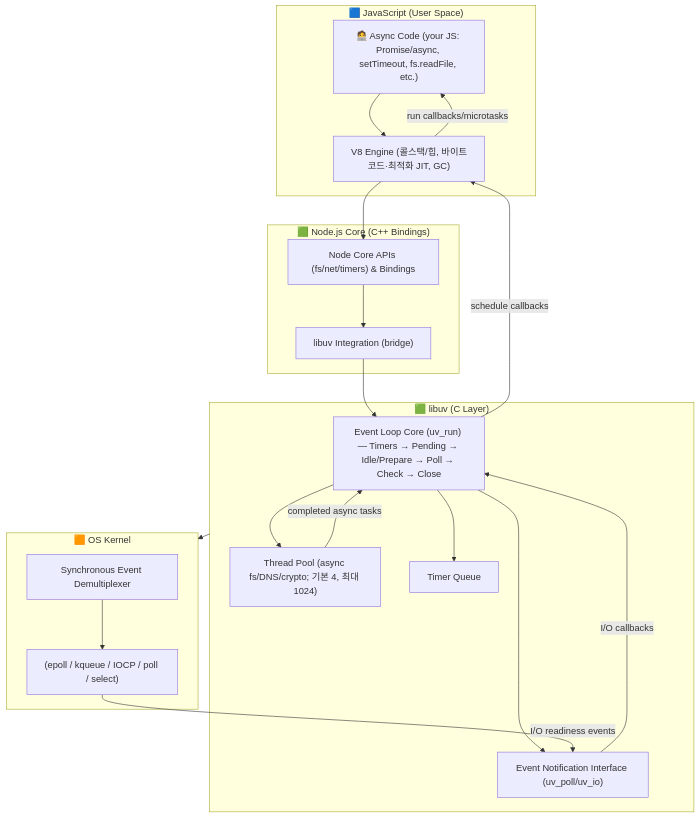
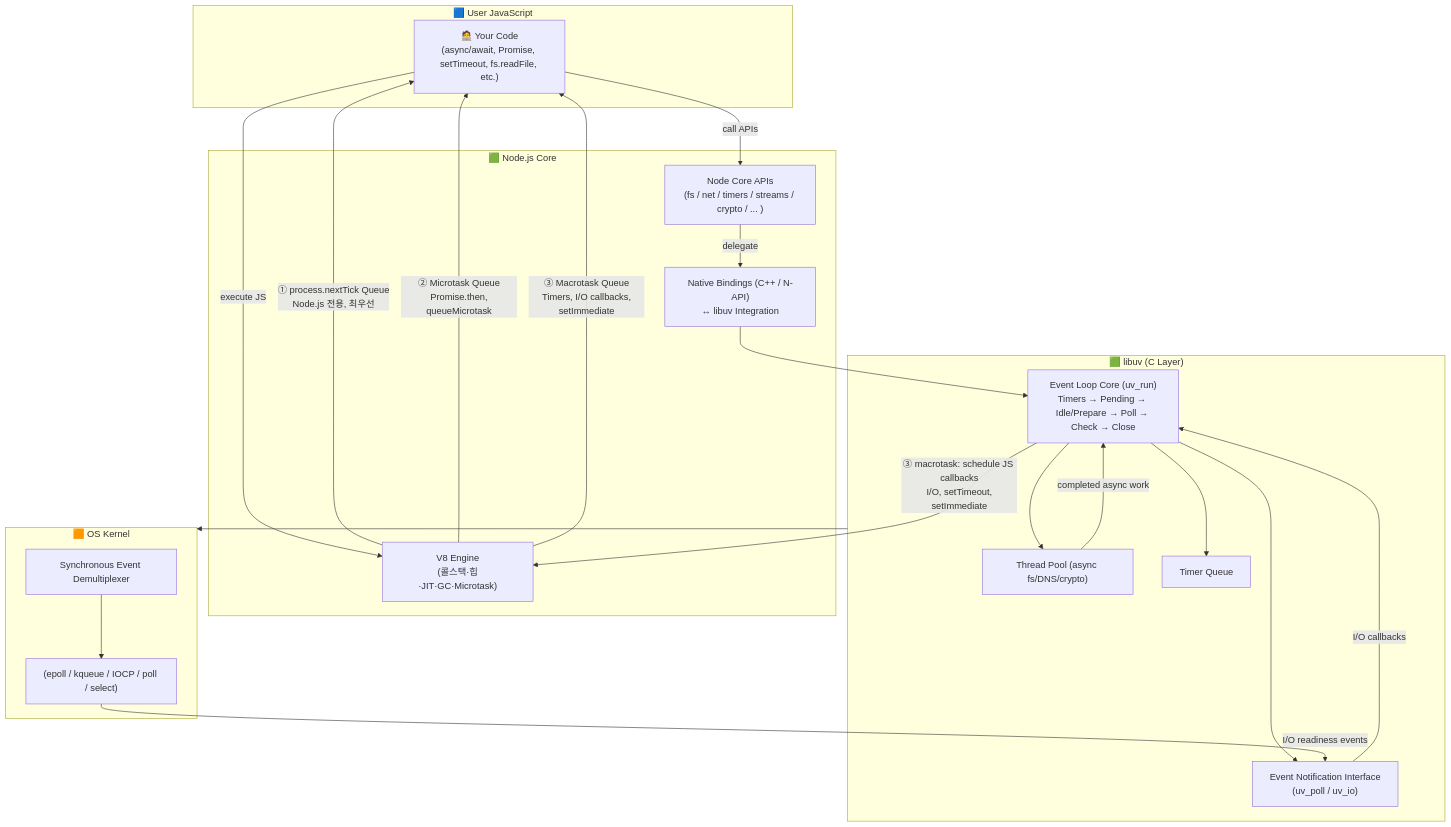
The first of 5 diagrams in chapter01/dc-choi/STUDY.md (minenam/nodejs-design-pattern-study), drawn with Mermaid before and after one commit. The commit also changed other lines of this file and 3 other files, not shown here.

````diff
--- a/chapter01/dc-choi/STUDY.md
+++ b/chapter01/dc-choi/STUDY.md
@@ -18,44 +18,50 @@
 ```mermaid
 graph TD
 
-%% ========== JS & V8 ==========
-subgraph JS["🟦 JavaScript (User Space)"]
-  J0["🧑‍💻 Async Code (your JS: Promise/async, setTimeout, fs.readFile, etc.)"]
-  J1["V8 Engine (콜스택/힙, 바이트코드·최적화 JIT, GC)"]
-  J0 --> J1
+%% ========== User JS ==========
+subgraph JS["🟦 User JavaScript"]
+  J0["🧑‍💻 Your Code<br/>(async/await, Promise, setTimeout, fs.readFile, etc.)"]
 end
 
-%% ========== Node Core ==========
-subgraph NODE["🟩 Node.js Core (C++ Bindings)"]
-  N1["Node Core APIs (fs/net/timers) & Bindings"]
-  N2["libuv Integration (bridge)"]
-  J1 --> N1 --> N2
+%% ========== Node Core (V8 + APIs + Native Bindings w/ libuv) ==========
+subgraph NODE["🟩 Node.js Core"]
+  V8["V8 Engine<br/>(콜스택·힙·JIT·GC·Microtask)"]
+  N1["Node Core APIs<br/>(fs / net / timers / streams / crypto / ... )"]
+  NB["Native Bindings (C++ / N-API)<br/>↔ libuv Integration"]
+  J0 -->|execute JS| V8
+  J0 -->|call APIs| N1
+  N1 -->|delegate| NB
 end
 
 %% ========== libuv ==========
 subgraph UV["🟩 libuv (C Layer)"]
-  U1["Event Loop Core (uv_run) — Timers → Pending → Idle/Prepare → Poll → Check → Close"]
-  U2["Event Notification Interface (uv_poll/uv_io)"]
-  U3["Thread Pool (async fs/DNS/crypto; 기본 4, 최대 1024)"]
+  U1["Event Loop Core (uv_run)<br/>Timers → Pending → Idle/Prepare → Poll → Check → Close"]
+  U2["Event Notification Interface<br/>(uv_poll / uv_io)"]
+  U3["Thread Pool (async fs/DNS/crypto)"]
   U4["Timer Queue"]
-  N2 --> U1
+  NB --> U1
   U1 --> U2
   U1 --> U3
   U1 --> U4
 end
 
 %% ========== OS ==========
 subgraph OS["🟧 OS Kernel"]
   O1["Synchronous Event Demultiplexer"]
   O2["(epoll / kqueue / IOCP / poll / select)"]
   O1 --> O2
 end
 
 %% ========== Flow ==========
 UV --> OS
 O2 -->|I/O readiness events| U2
 U2 -->|I/O callbacks| U1
-U3 -->|completed async tasks| U1
-U1 -->|schedule callbacks| J1
-J1 -->|run callbacks/microtasks| J0
+U3 -->|completed async work| U1
+
+%% Back to JS layer with queue priority labels
+U1 -->|③ macrotask: schedule JS callbacks<br/> I/O, setTimeout, setImmediate | V8
+V8 -->|① process.nextTick Queue<br/> Node.js 전용, 최우선 | J0
+V8 -->|② Microtask Queue<br/> Promise.then, queueMicrotask | J0
+V8 -->|③ Macrotask Queue<br/> Timers, I/O callbacks, setImmediate | J0
+
 ```
````
